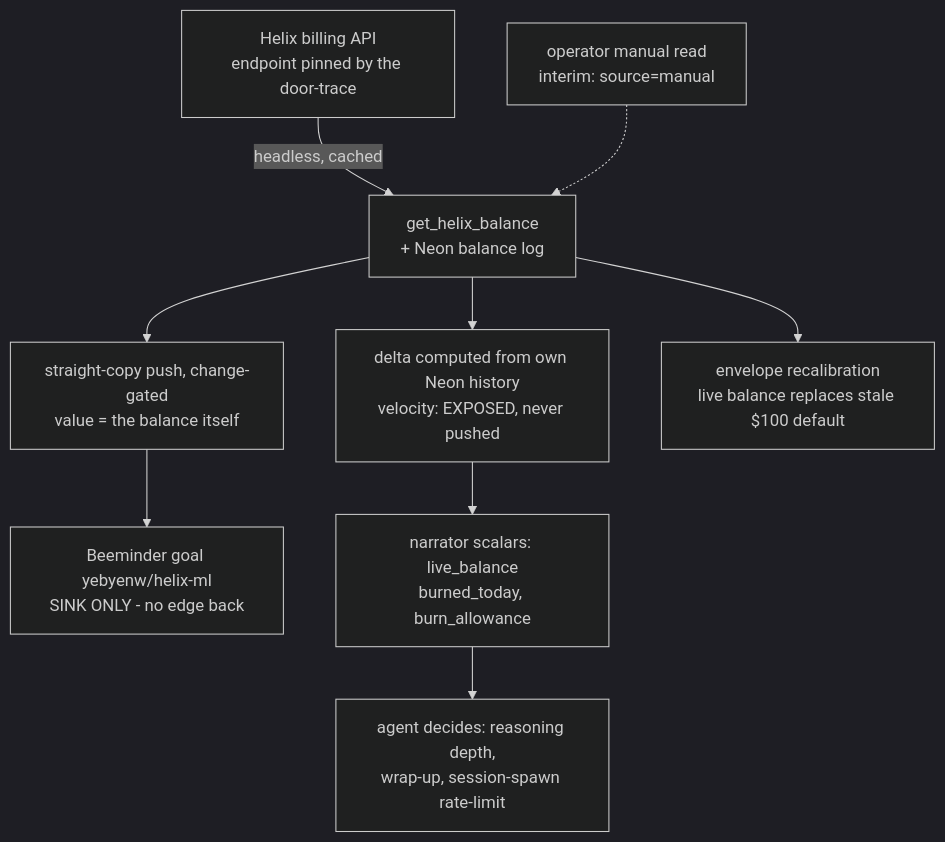
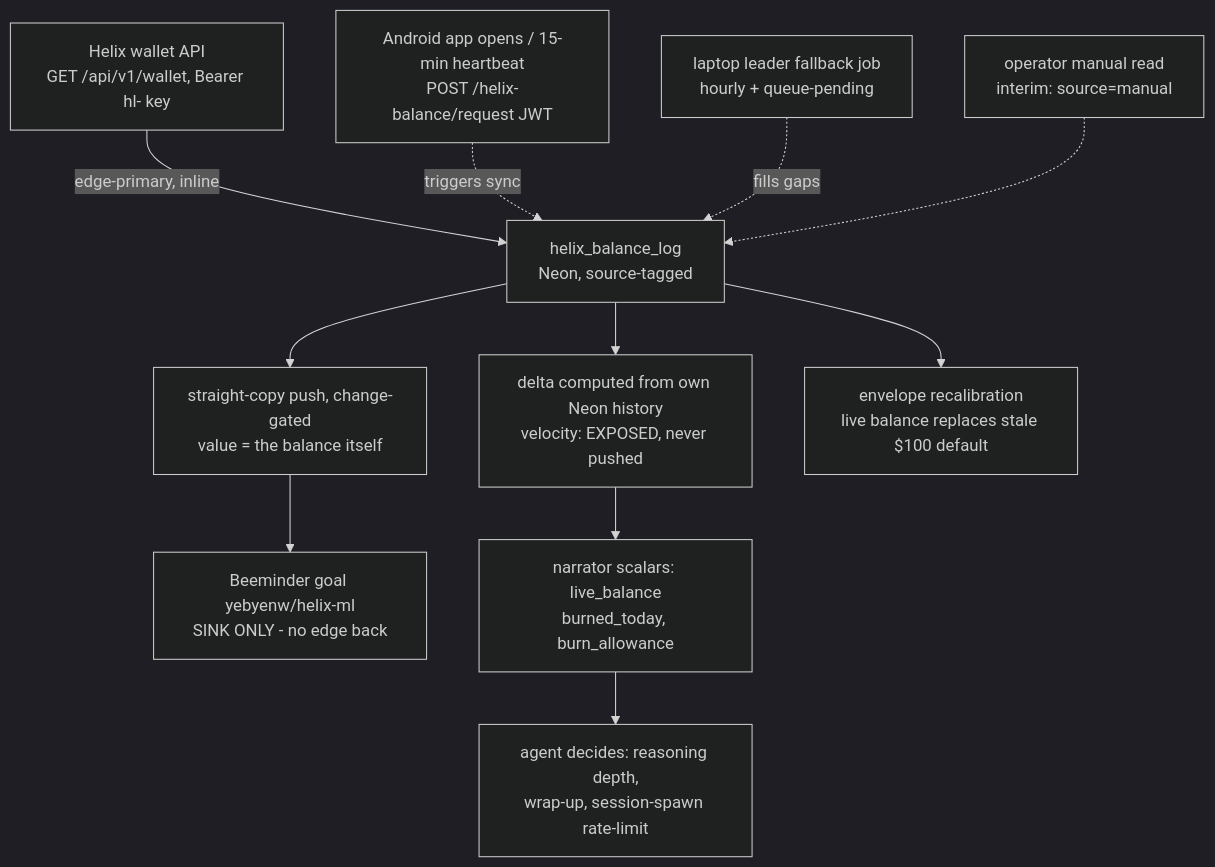
The diagram in docs/HOW_MECRIS_WORKS.md (kingdonb/mecris), drawn with Mermaid (dark theme) before and after one commit. The commit also changed other lines of this file, not shown here.

First line of the commit message:
docs(article): reflect shipped task 588 (edge-primary odometer, checklist 1-4 closed)

````diff
--- a/docs/HOW_MECRIS_WORKS.md
+++ b/docs/HOW_MECRIS_WORKS.md
@@ -505,11 +505,13 @@
 ```mermaid
 flowchart TD
-    A[Helix billing API<br/>endpoint pinned by the door-trace] -->|headless, cached| B[get_helix_balance<br/>+ Neon balance log]
+    A[Helix wallet API<br/>GET /api/v1/wallet, Bearer hl- key] -->|edge-primary, inline| B[helix_balance_log<br/>Neon, source-tagged]
+    A2[Android app opens / 15-min heartbeat<br/>POST /helix-balance/request JWT] -.->|triggers sync| B
+    A3[laptop leader fallback job<br/>hourly + queue-pending] -.->|fills gaps| B
     Y[operator manual read<br/>interim: source=manual] -.-> B
     B --> C[straight-copy push, change-gated<br/>value = the balance itself]
     C --> D[Beeminder goal yebyenw/helix-ml<br/>SINK ONLY - no edge back]
     B --> E[delta computed from own Neon history<br/>velocity: EXPOSED, never pushed]
     E --> F[narrator scalars: live_balance<br/>burned_today, burn_allowance]
     F --> G[agent decides: reasoning depth,<br/>wrap-up, session-spawn rate-limit]
     B --> H[envelope recalibration<br/>live balance replaces stale $100 default]
 ```
````
